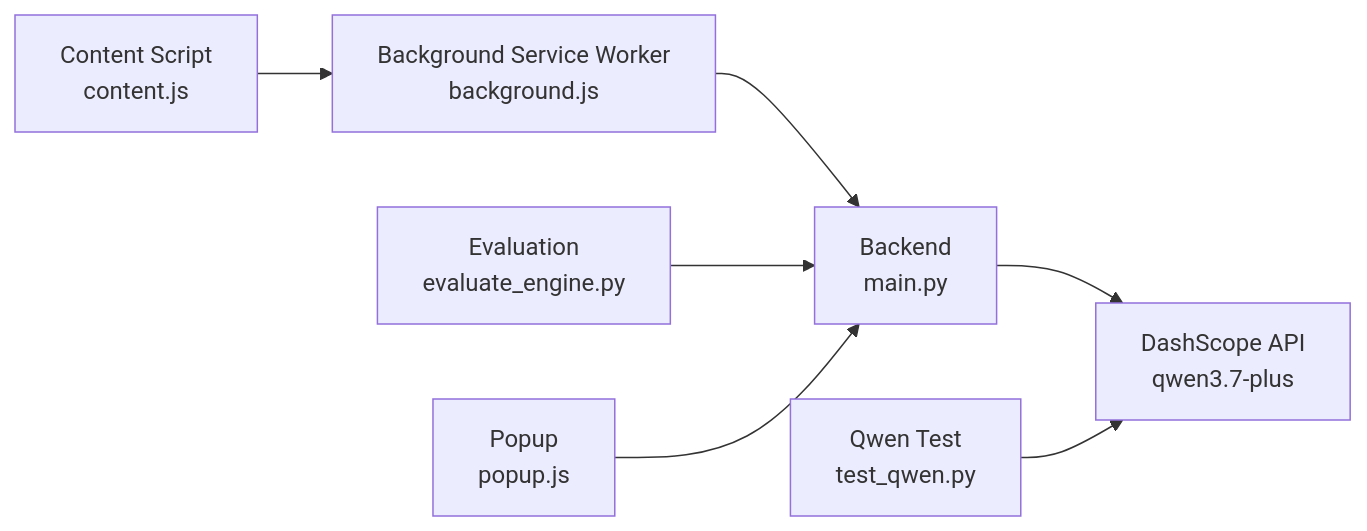
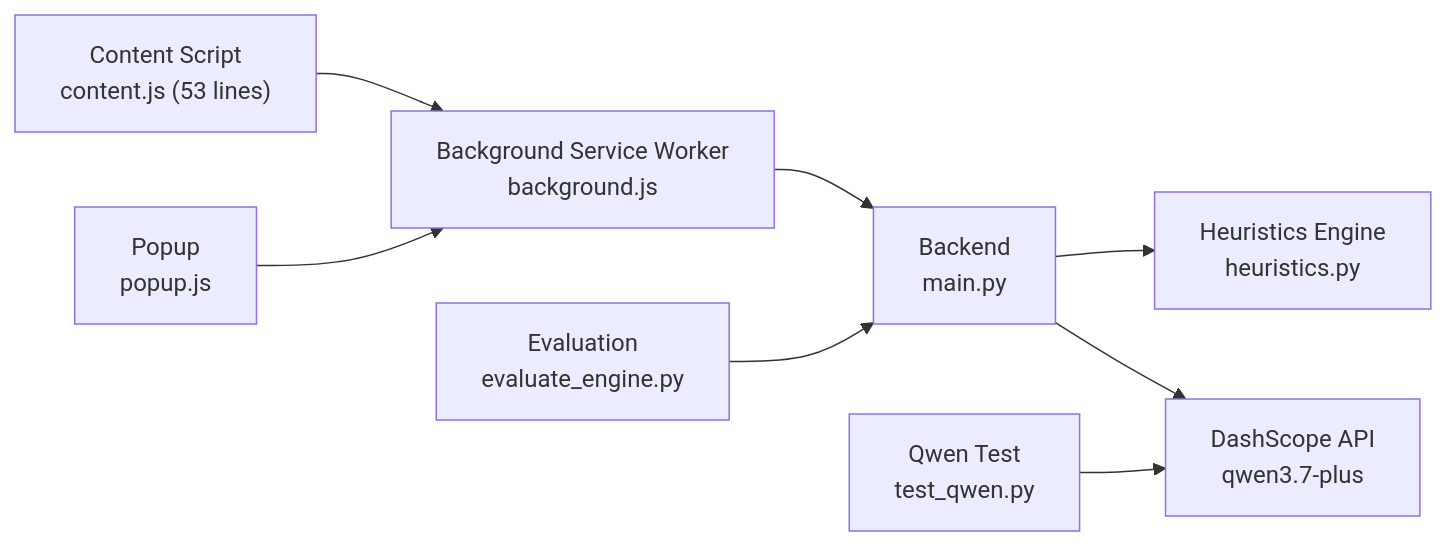
Before and after one commit to Aymanaahh/scrollguard-ai: the seventh of 7 diagrams in .qoder/repowiki/en/content/System Architecture.md, drawn with Mermaid. The commit also changed other lines of this file and 36 other files, not shown here.

Commit message:
Major refactor: async backend, improved heuristics, modernized popup UI, and optimized content script with MutationObserver + deduplication

````diff
--- a/.qoder/repowiki/en/content/System Architecture.md
+++ b/.qoder/repowiki/en/content/System Architecture.md
@@ -298,9 +317,10 @@
 ```mermaid
 graph LR
-CS["Content Script<br/>content.js"] --> SW["Background Service Worker<br/>background.js"]
+CS["Content Script<br/>content.js (53 lines)"] --> SW["Background Service Worker<br/>background.js"]
 SW --> BE["Backend<br/>main.py"]
+BE --> HEUR["Heuristics Engine<br/>heuristics.py"]
 BE --> DS["DashScope API<br/>qwen3.7-plus"]
 Eval["Evaluation<br/>evaluate_engine.py"] --> BE
 Test["Qwen Test<br/>test_qwen.py"] --> DS
-Popup["Popup<br/>popup.js"] --> BE
+Popup["Popup<br/>popup.js"] --> SW
 ```
````
